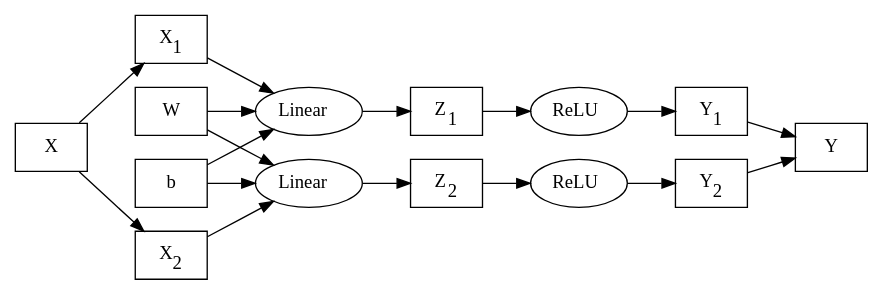
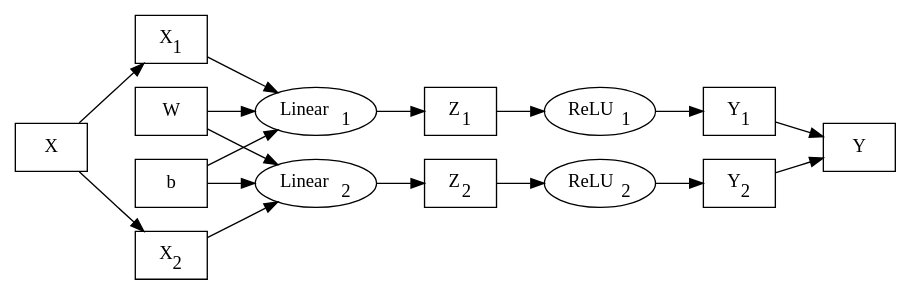
One commit to crutcher/crutcher.github.io-source changed the third of 52 diagrams in source/Tapestry/index.md. Above: the diagram before and after it, drawn with Graphviz. The commit also changed other lines of this file, not shown here.

````diff
--- a/source/Tapestry/index.md
+++ b/source/Tapestry/index.md
@@ -489,39 +489,39 @@
 ```graphviz
 digraph D {
     rankdir=LR;
     X, W, b, Y [shape=box];
     
     X_1 [label=<X<sub>1</sub>>, shape=box];
     X_2 [label=<X<sub>2</sub>>, shape=box];
     
-    Linear_1 [label=<Linear>];
-    Linear_2 [label=<Linear>];
-    ReLU_1 [label=<ReLU>];
-    ReLU_2 [label=<ReLU>];
+    Linear_1 [label=<Linear<sub>1</sub>>];
+    Linear_2 [label=<Linear<sub>2</sub>>];
+    ReLU_1 [label=<ReLU<sub>1</sub>>];
+    ReLU_2 [label=<ReLU<sub>2</sub>>];
     
     Z_1 [label=<Z<sub>1</sub>>, shape=box];
     Z_2 [label=<Z<sub>2</sub>>, shape=box];
     Y_1 [label=<Y<sub>1</sub>>, shape=box];
     Y_2 [label=<Y<sub>2</sub>>, shape=box];
     
     X -> X_1;
     X -> X_2;
     
     X_1 -> Linear_1;
     W -> Linear_1;
     b -> Linear_1;
     Linear_1 -> Z_1;
     Z_1 -> ReLU_1;
     ReLU_1 -> Y_1;
     
     X_2 -> Linear_2;
     W -> Linear_2;
     b -> Linear_2;
     Linear_2 -> Z_2;
     Z_2 -> ReLU_2;
     ReLU_2 -> Y_2;
     
     Y_1 -> Y;
     Y_2 -> Y;
 }
 ```
````
